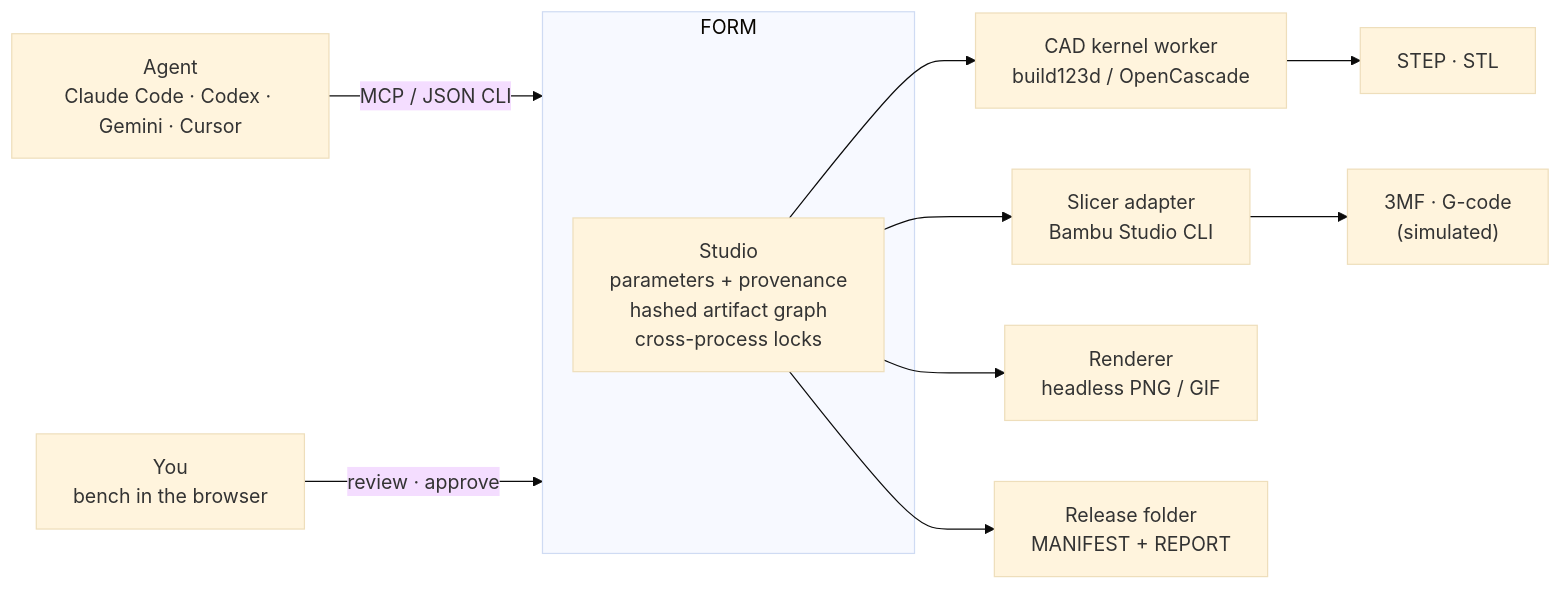
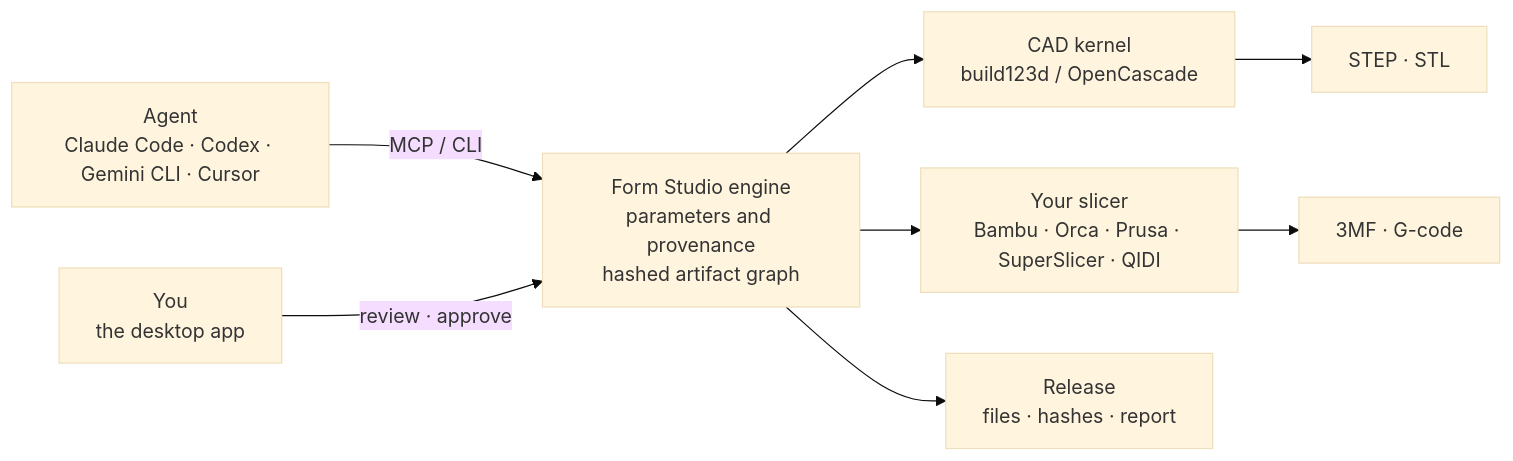
Before and after one commit to kaizensx/form-studio: the diagram in README.md, drawn with Mermaid (base theme). The commit also changed other lines of this file and 9 other files, not shown here.

Commit message:
README: Form Studio, plainly; retina screenshots of the app; changelog for 11.1.0

````diff
--- a/README.md
+++ b/README.md
@@ -237,14 +128,10 @@
 ```mermaid
 flowchart LR
-  A["Agent<br/>Claude Code · Codex · Gemini · Cursor"] -- MCP / JSON CLI --> F
-  H["You<br/>bench in the browser"] -- review · approve --> F
-  subgraph F["FORM"]
-    S["Studio<br/>parameters + provenance<br/>hashed artifact graph<br/>cross-process locks"]
-  end
-  S --> K["CAD kernel worker<br/>build123d / OpenCascade"]
-  S --> L["Slicer adapter<br/>Bambu Studio CLI"]
-  S --> R["Renderer<br/>headless PNG / GIF"]
+  A["Agent<br/>Claude Code · Codex · Gemini CLI · Cursor"] -- MCP / CLI --> S
+  U["You<br/>the desktop app"] -- review · approve --> S
+  S["Form Studio engine<br/>parameters and provenance<br/>hashed artifact graph"] --> K["CAD kernel<br/>build123d / OpenCascade"]
+  S --> L["Your slicer<br/>Bambu · Orca · Prusa · SuperSlicer · QIDI"]
   K --> O["STEP · STL"]
-  L --> G["3MF · G-code<br/>(simulated)"]
-  S --> REL["Release folder<br/>MANIFEST + REPORT"]
+  L --> G["3MF · G-code"]
+  S --> R["Release<br/>files · hashes · report"]
 ```
````
